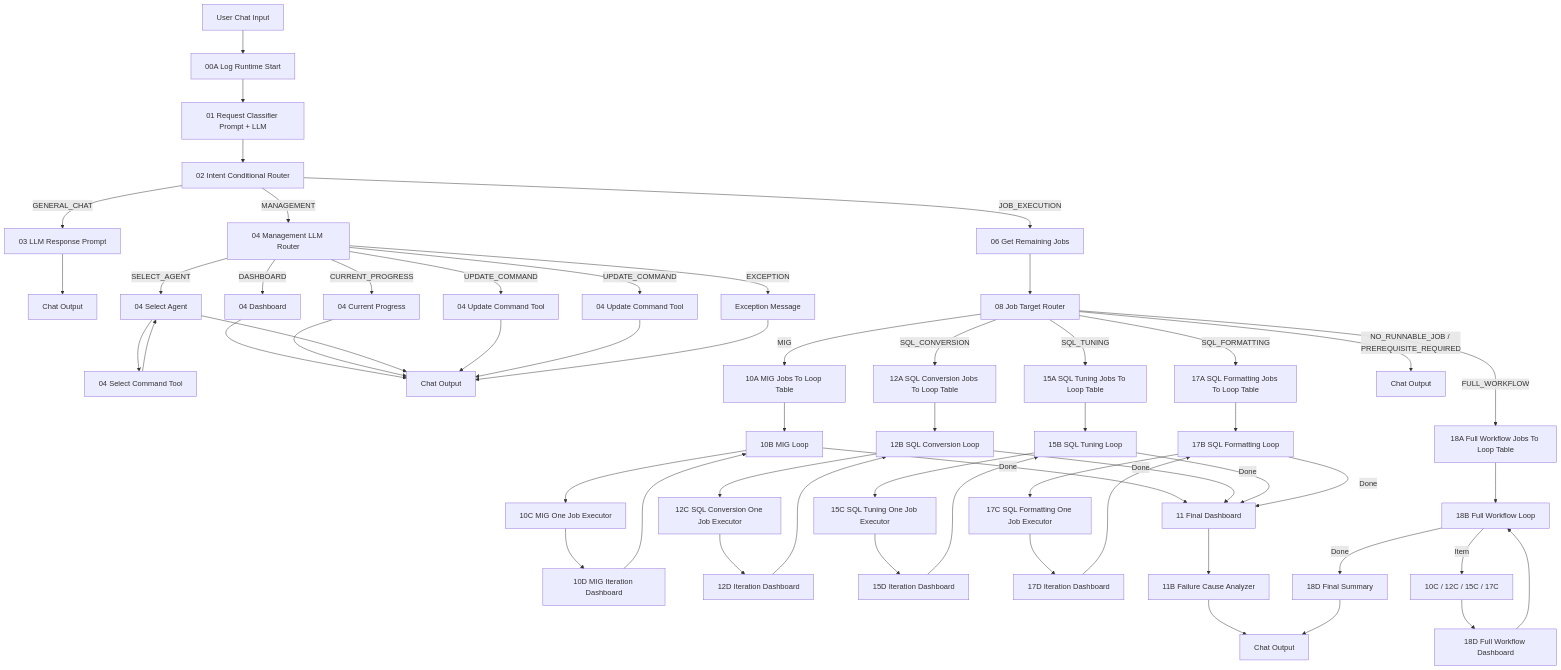
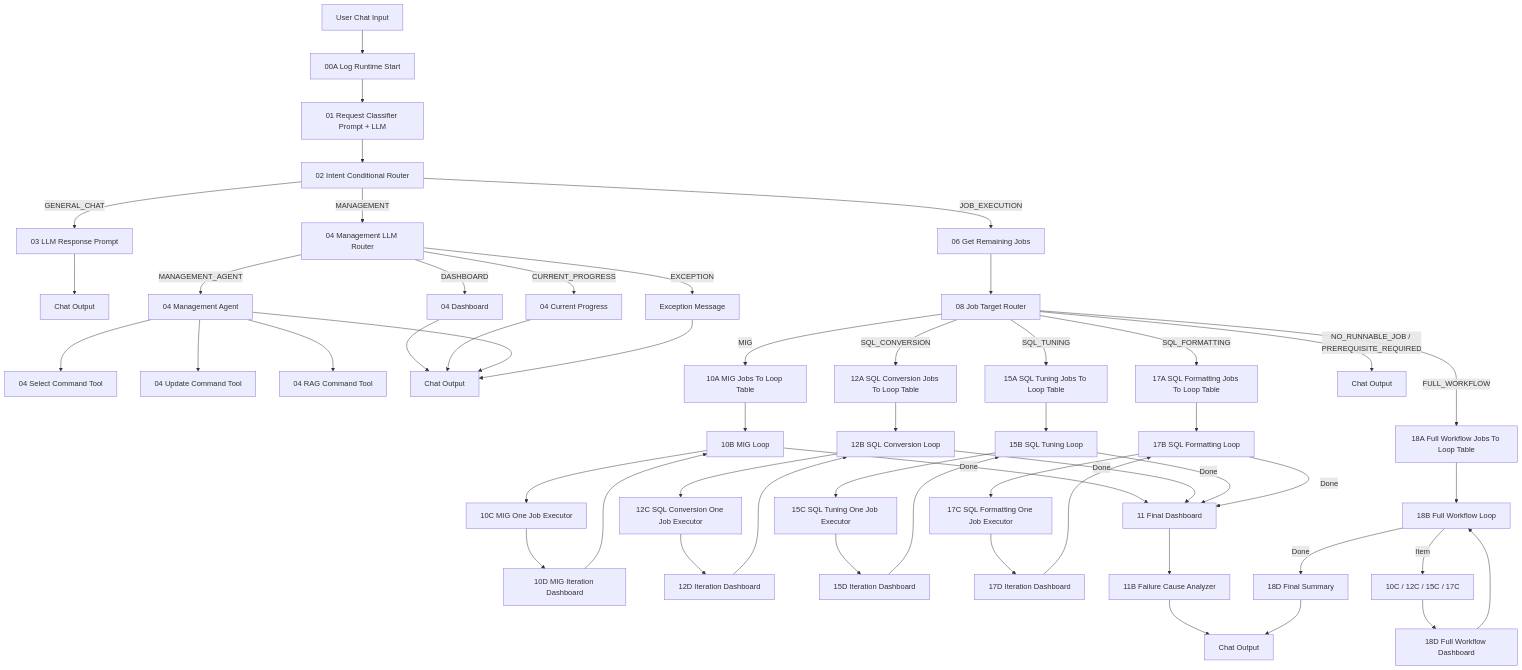
One commit to seongikjin227-jpg/refactoring_smartMigrate changed the diagram in smartMigrate_2.0_Langflow/00_guide/00_architecture.md. Above: the diagram before and after it, drawn with Mermaid. The commit also changed other lines of this file and 15 other files, not shown here.

Commit message:
feat : Management Agent 에 RAG 기능 추가

````diff
--- a/smartMigrate_2.0_Langflow/00_guide/00_architecture.md
+++ b/smartMigrate_2.0_Langflow/00_guide/00_architecture.md
@@ -25,55 +25,52 @@
 ```mermaid
 flowchart TD
     U[User Chat Input] --> A00[00A Log Runtime Start]
     A00 --> C01[01 Request Classifier Prompt + LLM]
     C01 --> R02[02 Intent Conditional Router]
 
     R02 -->|GENERAL_CHAT| G03[03 LLM Response Prompt]
     G03 --> OUT1[Chat Output]
 
     R02 -->|MANAGEMENT| M04[04 Management LLM Router]
     M04 -->|DASHBOARD| D04[04 Dashboard]
     M04 -->|CURRENT_PROGRESS| P04[04 Current Progress]
-    M04 -->|SELECT_AGENT| QA_AGENT[04 Select Agent]
-    M04 -->|UPDATE_COMMAND| S04[04 Update Command Tool]
-    M04 -->|UPDATE_COMMAND| C04[04 Update Command Tool]
+    M04 -->|MANAGEMENT_AGENT| QA_AGENT[04 Management Agent]
+    QA_AGENT --> TOOL_SELECT[04 Select Command Tool]
+    QA_AGENT --> TOOL_UPDATE[04 Update Command Tool]
+    QA_AGENT --> TOOL_RAG[04 RAG Command Tool]
     M04 -->|EXCEPTION| E04[Exception Message]
-    QA_AGENT --> TOOL04[04 Select Command Tool]
-    TOOL04 --> QA_AGENT
     D04 --> OUT2[Chat Output]
     P04 --> OUT2
     QA_AGENT --> OUT2
-    S04 --> OUT2
-    C04 --> OUT2
     E04 --> OUT2
 
     R02 -->|JOB_EXECUTION| J06[06 Get Remaining Jobs]
     J06 --> J08[08 Job Target Router]
     J08 -->|MIG| A10[10A MIG Jobs To Loop Table]
     J08 -->|SQL_CONVERSION| A12[12A SQL Conversion Jobs To Loop Table]
     J08 -->|SQL_TUNING| A15[15A SQL Tuning Jobs To Loop Table]
     J08 -->|SQL_FORMATTING| A17[17A SQL Formatting Jobs To Loop Table]
     J08 -->|FULL_WORKFLOW| A18[18A Full Workflow Jobs To Loop Table]
     J08 -->|NO_RUNNABLE_JOB / PREREQUISITE_REQUIRED| OUT3[Chat Output]
 
     A10 --> B10[10B MIG Loop] --> C10[10C MIG One Job Executor] --> D10[10D MIG Iteration Dashboard] --> B10
     B10 -->|Done| F11[11 Final Dashboard]
 
     A12 --> B12[12B SQL Conversion Loop] --> C12[12C SQL Conversion One Job Executor] --> D12[12D Iteration Dashboard] --> B12
     B12 -->|Done| F11
 
     A15 --> B15[15B SQL Tuning Loop] --> C15[15C SQL Tuning One Job Executor] --> D15[15D Iteration Dashboard] --> B15
     B15 -->|Done| F11
 
     A17 --> B17[17B SQL Formatting Loop] --> C17[17C SQL Formatting One Job Executor] --> D17[17D Iteration Dashboard] --> B17
     B17 -->|Done| F11
 
     A18 --> B18[18B Full Workflow Loop]
     B18 -->|Item| EXEC_DOMAIN[10C / 12C / 15C / 17C]
     EXEC_DOMAIN --> D18[18D Full Workflow Dashboard] --> B18
     B18 -->|Done| D18F[18D Final Summary]
 
     F11 --> F11B[11B Failure Cause Analyzer]
     F11B --> OUT4[Chat Output]
     D18F --> OUT4
 ```
````
